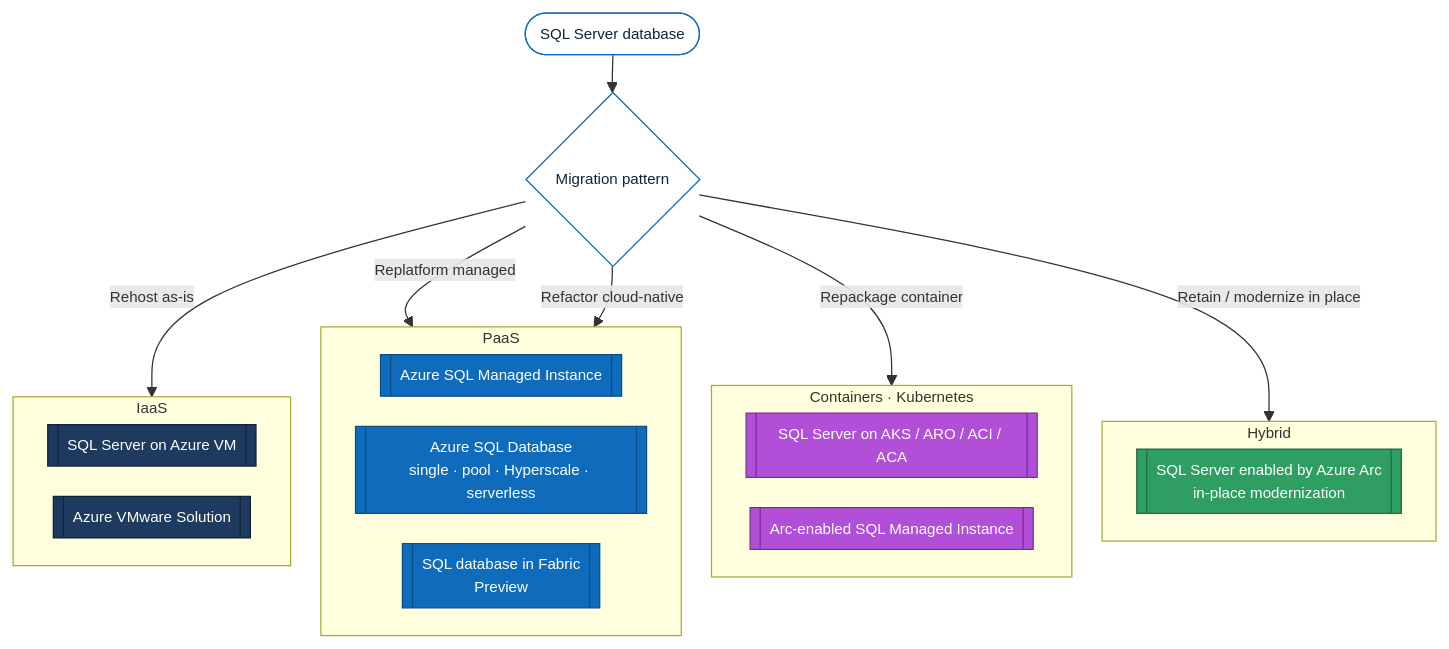
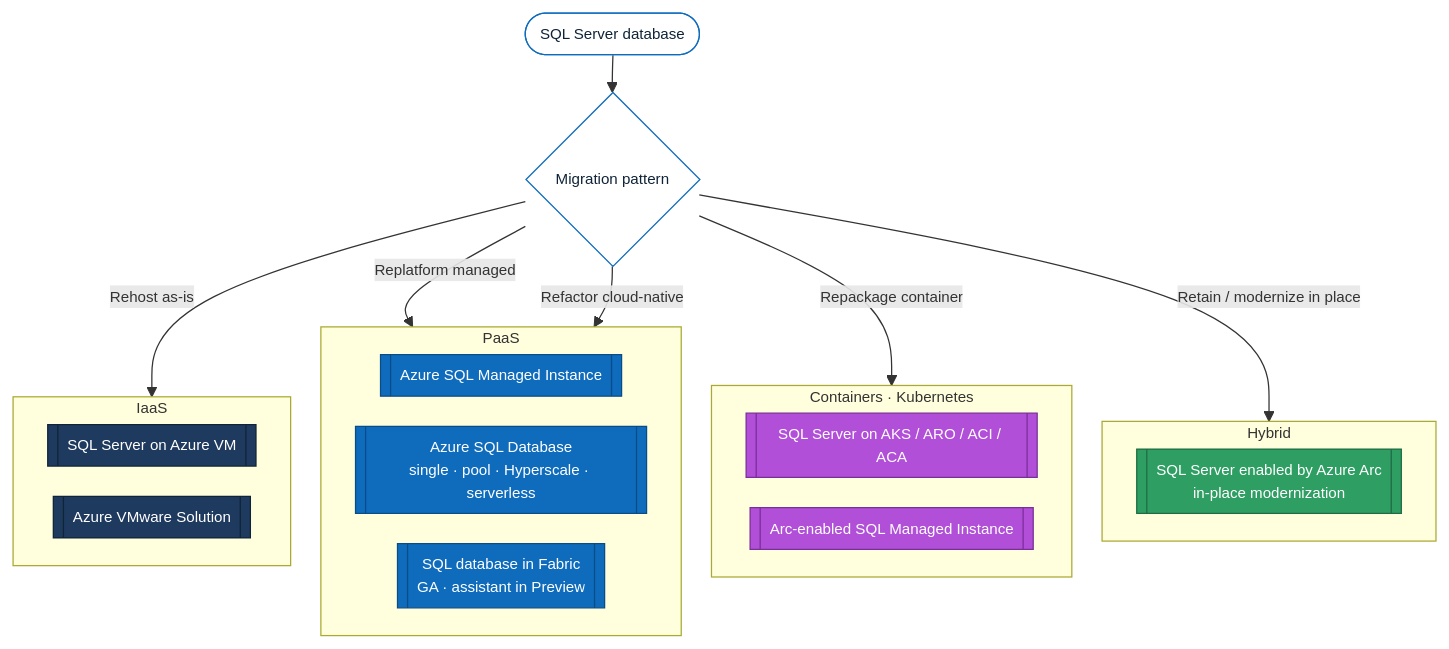
One commit to fredgis/sql-migration-advisor changed the second of 4 diagrams in docs/sql-server-to-azure-migration.md. Above: the diagram before and after it, drawn with Mermaid. The commit also changed other lines of this file and 16 other files, not shown here.

````diff
--- a/docs/sql-server-to-azure-migration.md
+++ b/docs/sql-server-to-azure-migration.md
@@ -88,38 +88,38 @@
 ```mermaid
 %%{init: {'flowchart': {'nodeSpacing': 24, 'rankSpacing': 30}, 'themeVariables': {'fontSize': '12px'}}}%%
 flowchart TD
     A([SQL Server database]) --> P{Migration pattern}
     P -->|Rehost as-is| IAAS
     P -->|Replatform managed| PAAS
     P -->|Refactor cloud-native| PAAS
     P -->|Repackage container| CON
     P -->|Retain / modernize in place| HYB
 
     subgraph IAAS["IaaS"]
         VM[[SQL Server on Azure VM]]
         AVS[[Azure VMware Solution]]
     end
     subgraph PAAS["PaaS"]
         MI[[Azure SQL Managed Instance]]
         DB[[Azure SQL Database<br/>single · pool · Hyperscale · serverless]]
-        FAB[[SQL database in Fabric<br/>Preview]]
+        FAB[[SQL database in Fabric<br/>GA · assistant in Preview]]
     end
     subgraph CON["Containers · Kubernetes"]
         K8S[[SQL Server on AKS / ARO / ACI / ACA]]
         ARCMI[[Arc-enabled SQL Managed Instance]]
     end
     subgraph HYB["Hybrid"]
         ARCSRV[[SQL Server enabled by Azure Arc<br/>in-place modernization]]
     end
 
     classDef iaas fill:#1F3A5F,stroke:#0F2438,color:#fff;
     classDef paas fill:#0F6CBD,stroke:#0A4C86,color:#fff;
     classDef con fill:#B14FD8,stroke:#7A2E97,color:#fff;
     classDef hyb fill:#2E9E63,stroke:#1F6B43,color:#fff;
     classDef s fill:#fff,stroke:#0F6CBD,color:#0F2438;
     class A,P s;
     class VM,AVS iaas;
     class MI,DB,FAB paas;
     class K8S,ARCMI con;
     class ARCSRV hyb;
 ```
````
